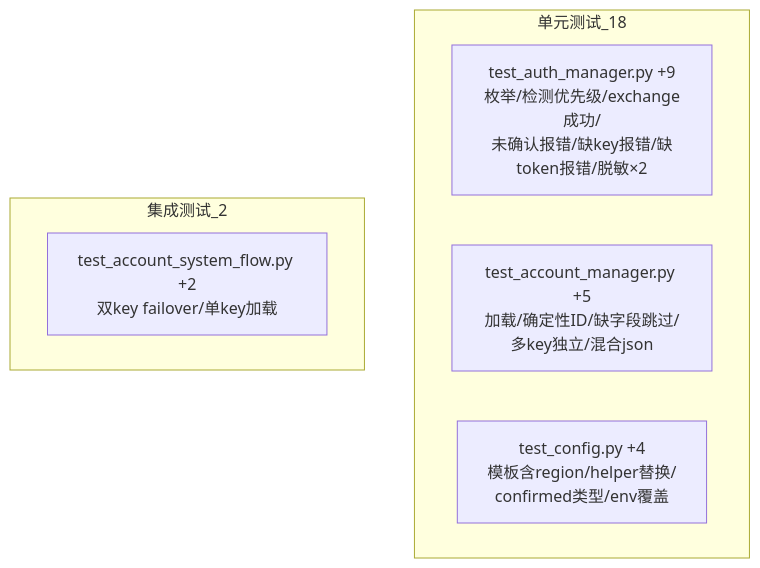
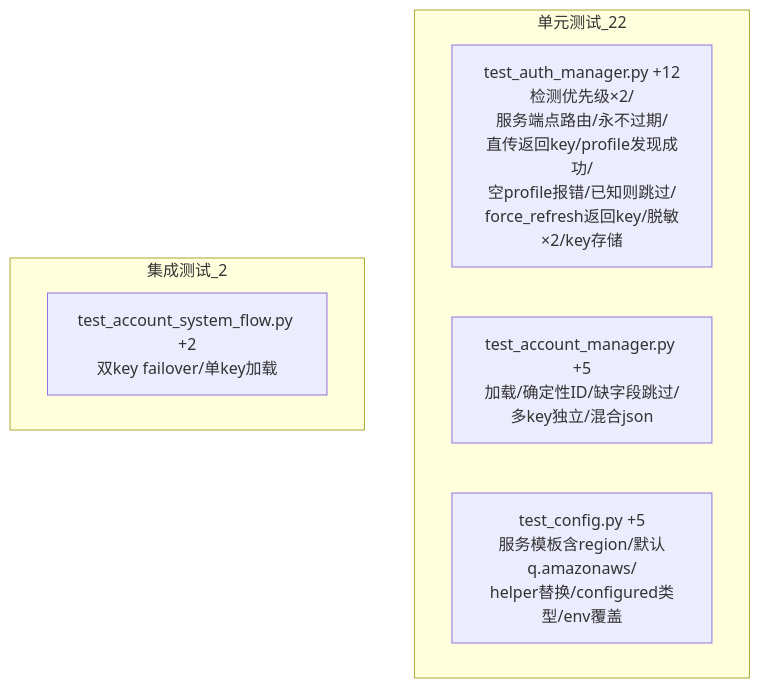
Before and after one commit to liangyimingcom/kiro-gateway_jwadow: the seventh of 8 diagrams in docs/zh/API_KEY_AUTH_POC_RESULT.md, drawn with Mermaid. The commit also changed other lines of this file and 7 other files, not shown here.

````diff
--- a/docs/zh/API_KEY_AUTH_POC_RESULT.md
+++ b/docs/zh/API_KEY_AUTH_POC_RESULT.md
@@ -180,11 +205,11 @@
 ```mermaid
 flowchart TD
-    subgraph 单元测试_18
-        T1["test_auth_manager.py +9<br/>枚举/检测优先级/exchange成功/<br/>未确认报错/缺key报错/缺token报错/脱敏×2"]
+    subgraph 单元测试_22
+        T1["test_auth_manager.py +12<br/>检测优先级×2/<br/>服务端点路由/永不过期/<br/>直传返回key/profile发现成功/<br/>空profile报错/已知则跳过/<br/>force_refresh返回key/脱敏×2/key存储"]
         T2["test_account_manager.py +5<br/>加载/确定性ID/缺字段跳过/<br/>多key独立/混合json"]
-        T3["test_config.py +4<br/>模板含region/helper替换/<br/>confirmed类型/env覆盖"]
+        T3["test_config.py +5<br/>服务模板含region/默认q.amazonaws/<br/>helper替换/configured类型/env覆盖"]
     end
     subgraph 集成测试_2
         I1["test_account_system_flow.py +2<br/>双key failover/单key加载"]
     end
 ```
````
